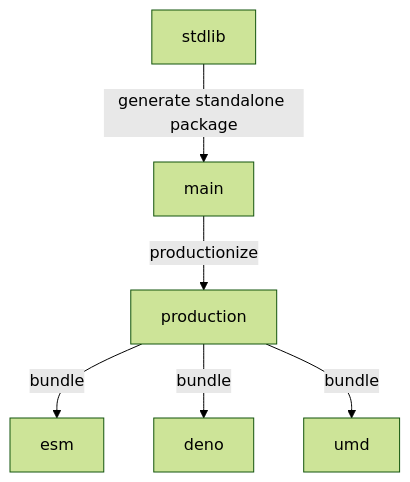
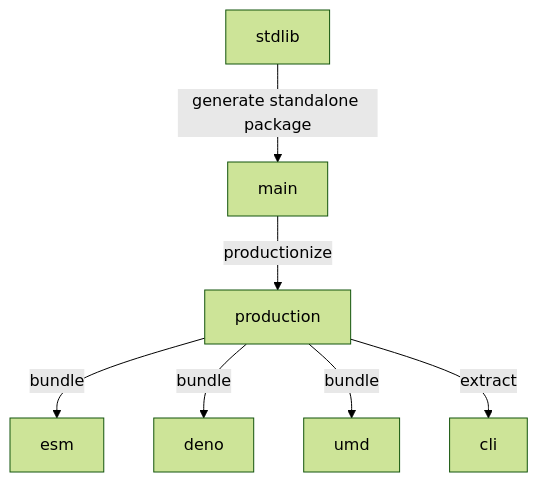
The diagram in branches.md (stdlib-js/namespace-standalone2pkg), drawn with Mermaid (forest theme) before and after one commit. The commit also changed other lines of this file and 6 other files, not shown here.

````diff
--- a/branches.md
+++ b/branches.md
@@ -33,15 +34,17 @@
 ```mermaid
 graph TD;
 A[stdlib]-->|generate standalone package|B;
 B[main] -->|productionize| C[production];
 C -->|bundle| D[esm];
 C -->|bundle| E[deno];
 C -->|bundle| F[umd];
+C -->|extract| G[cli];
 
-click A href "https://github.com/stdlib-js/stdlib/tree/develop/lib/node_modules/%40stdlib/namespace/standalone2pkg"
-click B href "https://github.com/stdlib-js/namespace-standalone2pkg/tree/main"
-click C href "https://github.com/stdlib-js/namespace-standalone2pkg/tree/production"
-click D href "https://github.com/stdlib-js/namespace-standalone2pkg/tree/esm"
-click E href "https://github.com/stdlib-js/namespace-standalone2pkg/tree/deno"
-click F href "https://github.com/stdlib-js/namespace-standalone2pkg/tree/umd"
+%% click A href "https://github.com/stdlib-js/stdlib/tree/develop/lib/node_modules/%40stdlib/namespace/standalone2pkg"
+%% click B href "https://github.com/stdlib-js/namespace-standalone2pkg/tree/main"
+%% click C href "https://github.com/stdlib-js/namespace-standalone2pkg/tree/production"
+%% click D href "https://github.com/stdlib-js/namespace-standalone2pkg/tree/esm"
+%% click E href "https://github.com/stdlib-js/namespace-standalone2pkg/tree/deno"
+%% click F href "https://github.com/stdlib-js/namespace-standalone2pkg/tree/umd"
+%% click G href "https://github.com/stdlib-js/namespace-standalone2pkg/tree/cli"
 ```
````
